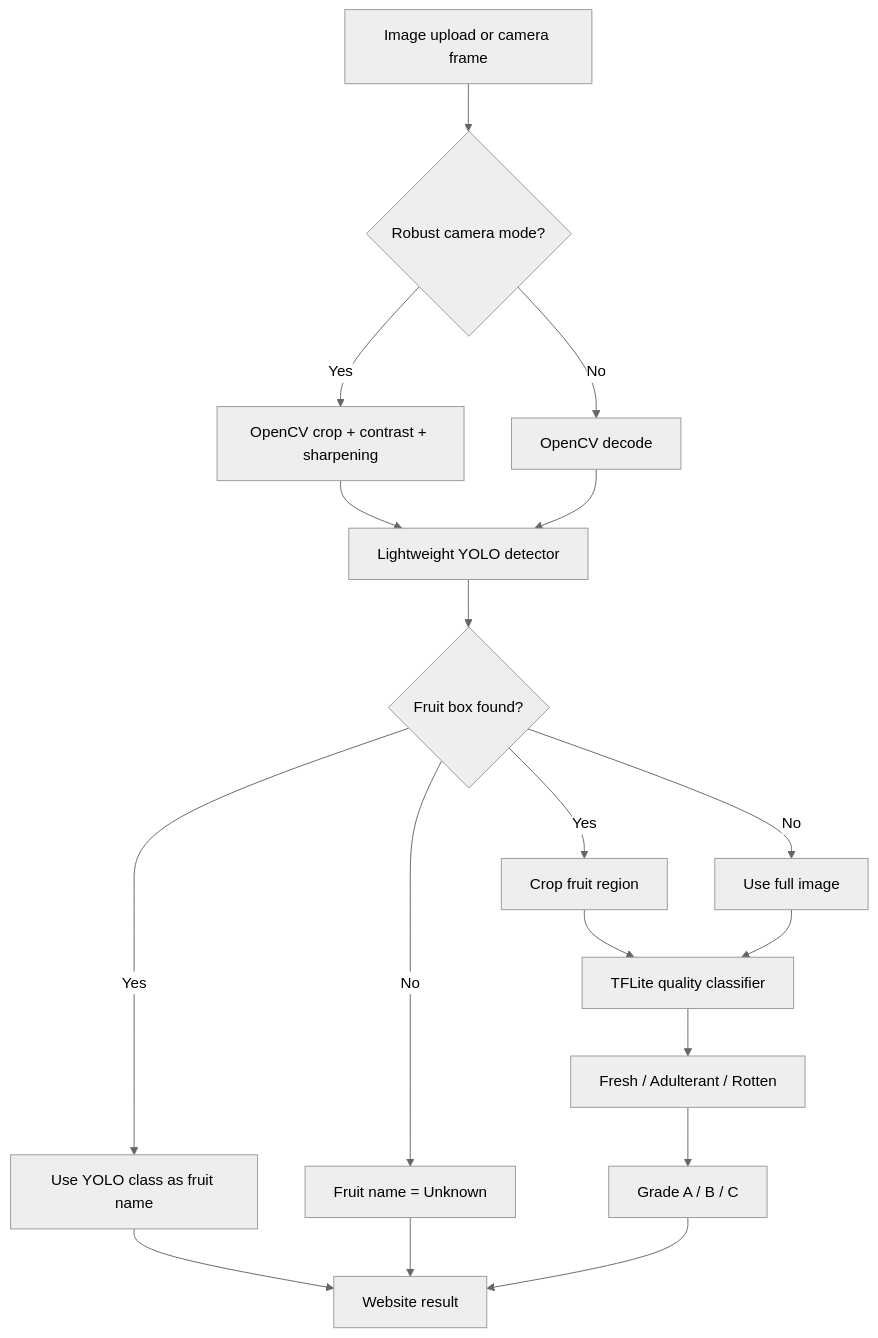
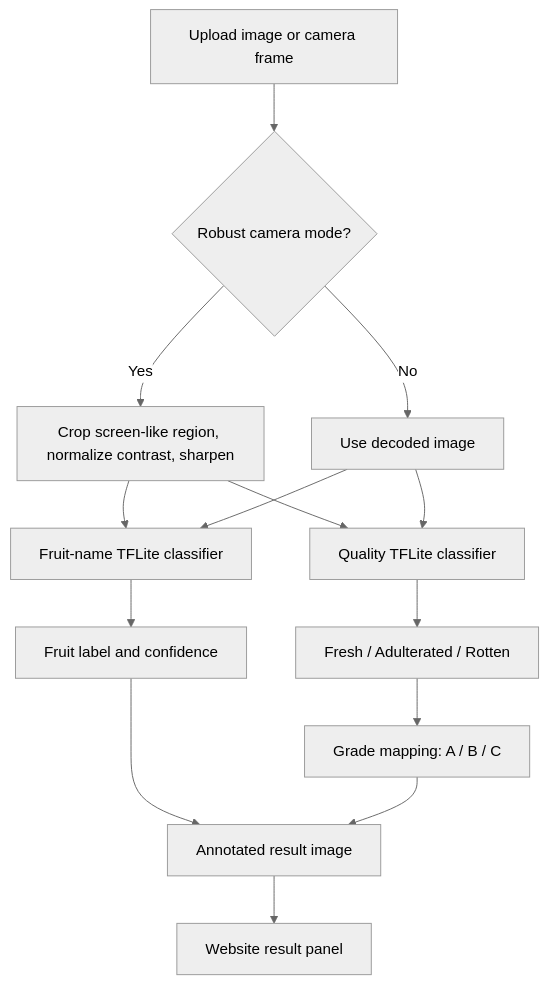
Before and after one commit to mohammednafees1007-hub/fruit-quality-detector-for-sms: the diagram in README.md, drawn with Mermaid (neutral theme). The commit also changed other lines of this file and 9 other files, not shown here.

Commit message:
Train HF fruit classifier for minimal runtime

````diff
--- a/README.md
+++ b/README.md
@@ -50,20 +193,16 @@
 ```mermaid
 flowchart TD
-    A["Image upload or camera frame"] --> B{"Robust camera mode?"}
-    B -->|Yes| C["OpenCV crop + contrast + sharpening"]
-    B -->|No| D["OpenCV decode"]
-    C --> E["Lightweight YOLO detector"]
+    A["Upload image or camera frame"] --> B{"Robust camera mode?"}
+    B -->|Yes| C["Crop screen-like region, normalize contrast, sharpen"]
+    B -->|No| D["Use decoded image"]
+    C --> E["Fruit-name TFLite classifier"]
     D --> E
-    E --> F{"Fruit box found?"}
-    F -->|Yes| G["Use YOLO class as fruit name"]
-    F -->|Yes| H["Crop fruit region"]
-    F -->|No| I["Fruit name = Unknown"]
-    F -->|No| J["Use full image"]
-    H --> K["TFLite quality classifier"]
-    J --> K
-    K --> L["Fresh / Adulterant / Rotten"]
-    L --> M["Grade A / B / C"]
-    G --> N["Website result"]
-    I --> N
-    M --> N
+    E --> F["Fruit label and confidence"]
+    C --> G["Quality TFLite classifier"]
+    D --> G
+    G --> H["Fresh / Adulterated / Rotten"]
+    H --> I["Grade mapping: A / B / C"]
+    F --> J["Annotated result image"]
+    I --> J
+    J --> K["Website result panel"]
 ```
````
